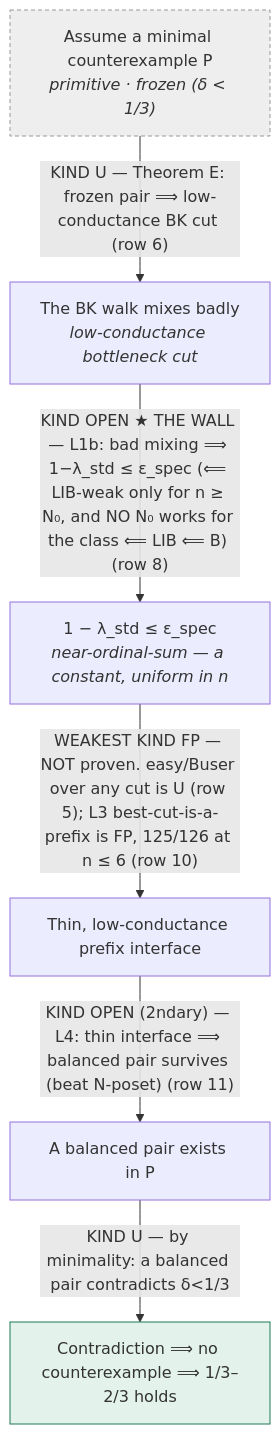
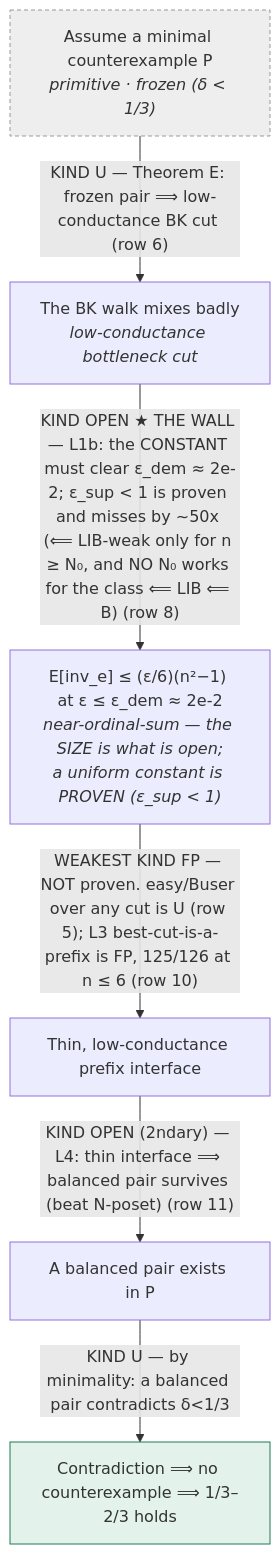
The diagram in STATE.md (drellem2/onethird_program), drawn with Mermaid before and after one commit. The commit also changed other lines of this file and 12 other files, not shown here.

````diff
--- a/STATE.md
+++ b/STATE.md
@@ -63,16 +63,16 @@
 ```mermaid
 flowchart TD
     A["Assume a minimal counterexample P<br/><i>primitive · frozen (δ &lt; 1/3)</i>"]:::assume
     B["The BK walk mixes badly<br/><i>low-conductance bottleneck cut</i>"]
-    C["1 − λ_std ≤ ε_spec<br/><i>near-ordinal-sum — a constant, uniform in n</i>"]
+    C["E[inv_e] ≤ (ε/6)(n²−1) at ε ≤ ε_dem ≈ 2e-2<br/><i>near-ordinal-sum — the SIZE is what is open;<br/>a uniform constant is PROVEN (ε_sup &lt; 1)</i>"]
     D["Thin, low-conductance prefix interface"]
     E["A balanced pair exists in P"]
     F["Contradiction ⟹ no counterexample ⟹ 1/3–2/3 holds"]:::concl
     A -->|"KIND U — Theorem E: frozen pair ⟹ low-conductance BK cut (row 6)"| B
-    B -->|"KIND OPEN ★ THE WALL — L1b: bad mixing ⟹ 1−λ_std ≤ ε_spec (⟸ LIB-weak only for n ≥ N₀, and NO N₀ works for the class ⟸ LIB ⟸ B) (row 8)"| C
+    B -->|"KIND OPEN ★ THE WALL — L1b: the CONSTANT must clear ε_dem ≈ 2e-2; ε_sup &lt; 1 is proven and misses by ~50x (⟸ LIB-weak only for n ≥ N₀, and NO N₀ works for the class ⟸ LIB ⟸ B) (row 8)"| C
     C -->|"WEAKEST KIND FP — NOT proven. easy/Buser over any cut is U (row 5); L3 best-cut-is-a-prefix is FP, 125/126 at n ≤ 6 (row 10)"| D
     D -->|"KIND OPEN (2ndary) — L4: thin interface ⟹ balanced pair survives (beat N-poset) (row 11)"| E
     E -->|"KIND U — by minimality: a balanced pair contradicts δ&lt;1/3"| F
     classDef assume fill:#eee,stroke:#999,stroke-dasharray:4 3;
     classDef concl fill:#e3f3ec,stroke:#1f7a54;
 ```
````
